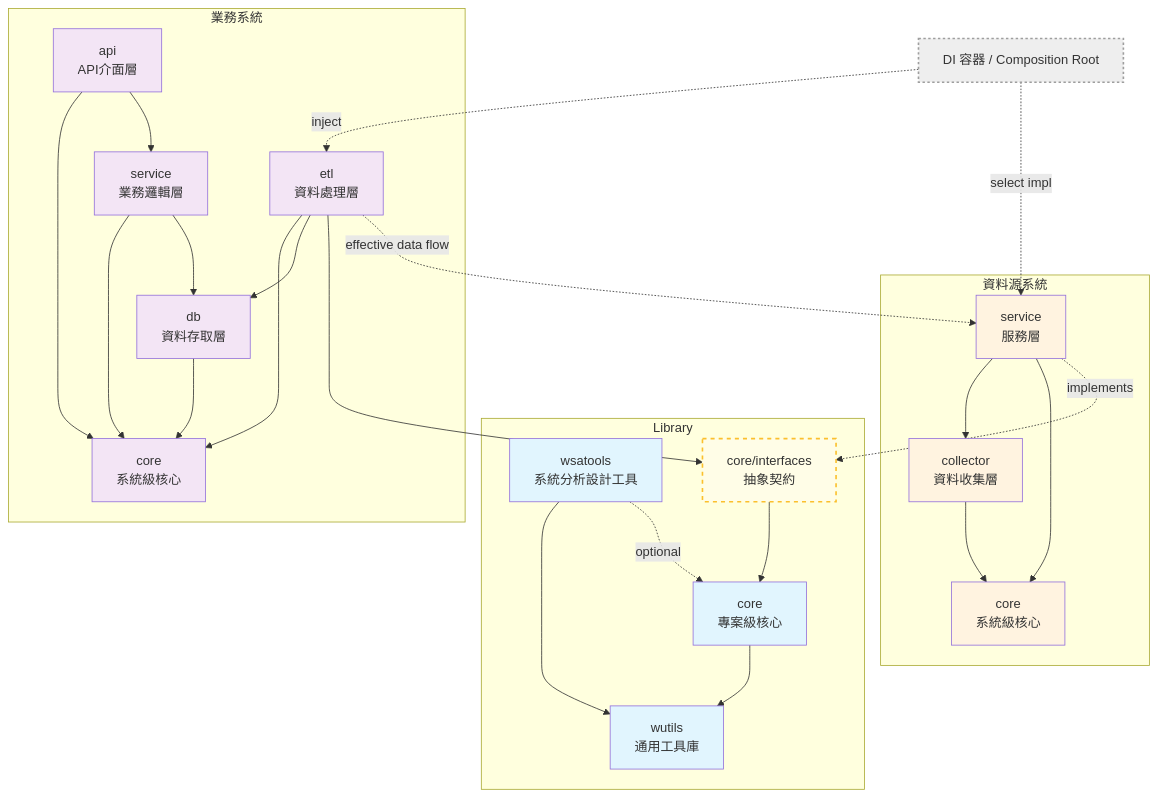
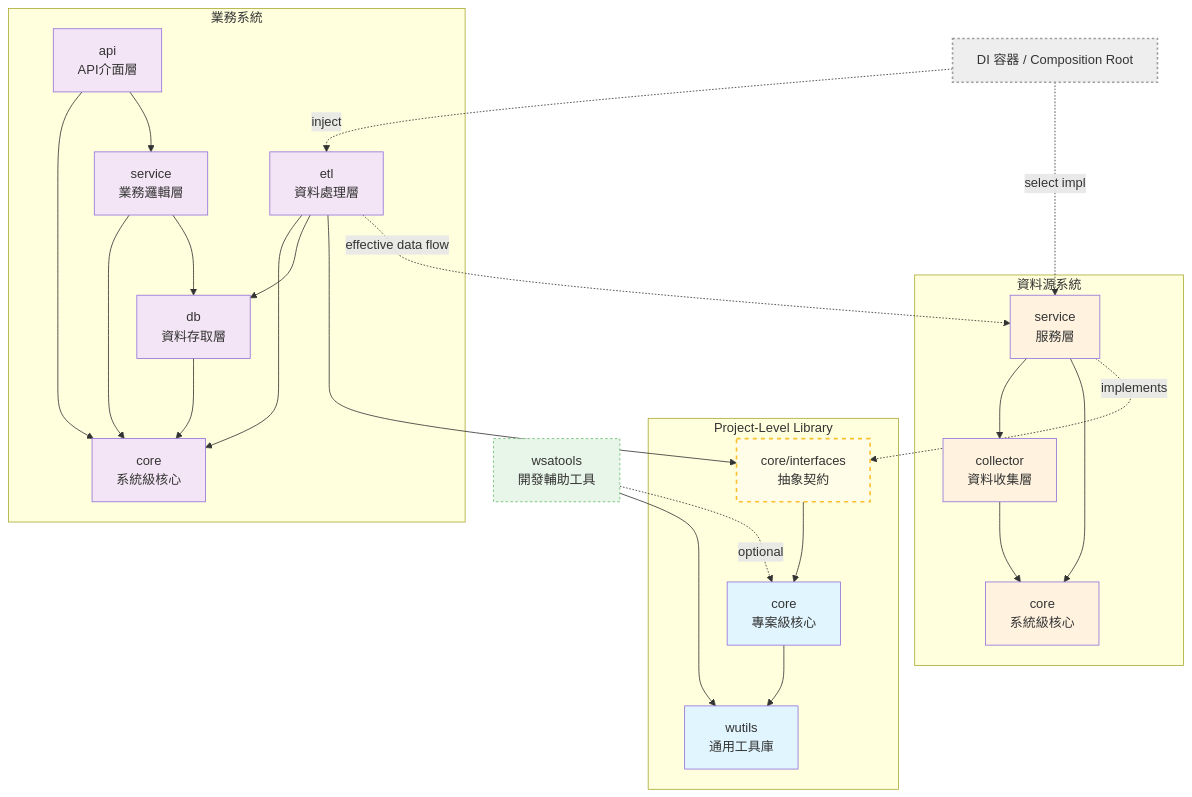
Before and after one commit to Wanini0209/wBiSaProj: the diagram in docs/PROJECT_DESIGN.md, drawn with Mermaid. The commit also changed other lines of this file and 4 other files, not shown here.

First line of the commit message:
docs(project): remove wsatools from project-level library classification

````diff
--- a/docs/PROJECT_DESIGN.md
+++ b/docs/PROJECT_DESIGN.md
@@ -135,66 +136,70 @@
 ```mermaid
 graph TD
     %% === Library ===
-    subgraph "Library"
+    subgraph "Project-Level Library"
         wutils[wutils<br/>通用工具庫]
         core[core<br/>專案級核心]
-        wsatools[wsatools<br/>系統分析設計工具]
         core --> wutils
-        wsatools --> wutils
-        wsatools -.->|optional| core
 
         core_interfaces[core/interfaces<br/>抽象契約]:::abstract
         core_interfaces --> core
     end
+
+    %% 開發輔助工具
+    wsatools[wsatools<br/>開發輔助工具]
+    wsatools --> wutils
+    wsatools -.->|optional| core
 
     %% === 資料源系統 ===
     subgraph "資料源系統"
         ds_core[core<br/>系統級核心]
         ds_collector[collector<br/>資料收集層]
         ds_service[service<br/>服務層]
         ds_service --> ds_collector
         ds_collector --> ds_core
         ds_service --> ds_core
         ds_service -.->|implements| core_interfaces
     end
 
     %% === 業務系統 ===
     subgraph "業務系統"
         bs_core[core<br/>系統級核心]
         bs_etl[etl<br/>資料處理層]
         bs_db[db<br/>資料存取層]
         bs_service[service<br/>業務邏輯層]
         bs_api[api<br/>API介面層]
 
         bs_etl --> bs_core
         bs_etl --> bs_db
         bs_db --> bs_core
         bs_service --> bs_core
         bs_service --> bs_db
         bs_api --> bs_core
         bs_api --> bs_service
     end
 
     %% 關鍵跨系統依賴：
     bs_etl --> core_interfaces
 
     %% bs_etl --> ds_service (為表示"有效資料流"，保留此線條，但其本質已被DIP取代)
     bs_etl -.->|effective data flow| ds_service
 
 
     %% 執行期綁定（僅作提示）
     DI[DI 容器 / Composition Root]:::runtime
     DI -.->|inject| bs_etl
     DI -.->|select impl| ds_service
 
     %% 樣式
     classDef library fill:#e1f5fe
+    classDef devtools fill:#e8f5e9,stroke:#66bb6a,stroke-width:1px,stroke-dasharray: 3
     classDef datasource fill:#fff3e0
     classDef business fill:#f3e5f5
     classDef abstract fill:#fffde7,stroke:#fbc02d,stroke-width:2px,stroke-dasharray: 5 5
     classDef runtime fill:#eeeeee,stroke:#9e9e9e,stroke-width:2px,stroke-dasharray: 3
 
-    class wutils,core,wsatools library
+    class wutils,core library
+    class wsatools devtools
     class ds_core,ds_collector,ds_service datasource
     class bs_core,bs_etl,bs_db,bs_service,bs_api business
 ```
````
